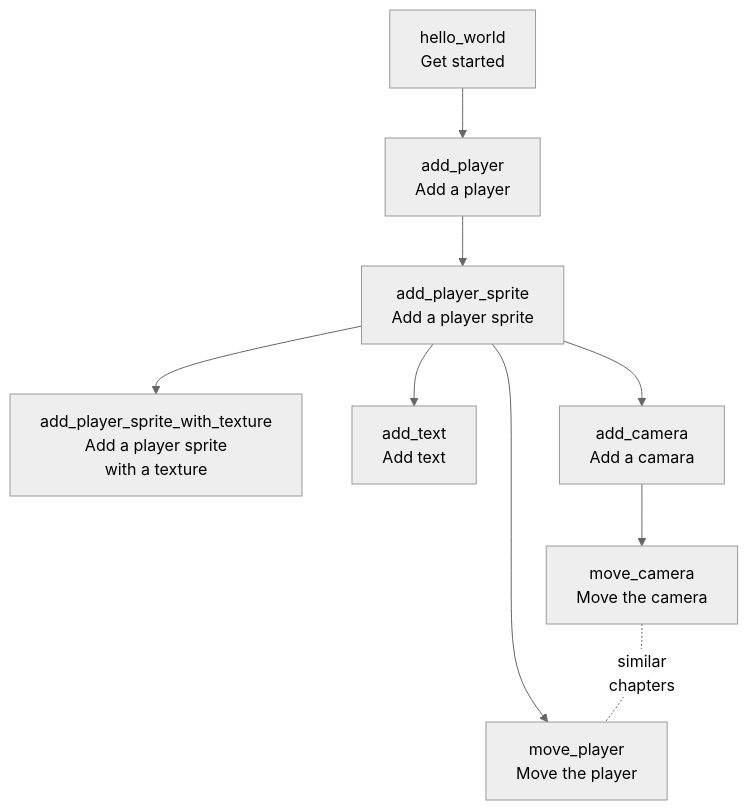
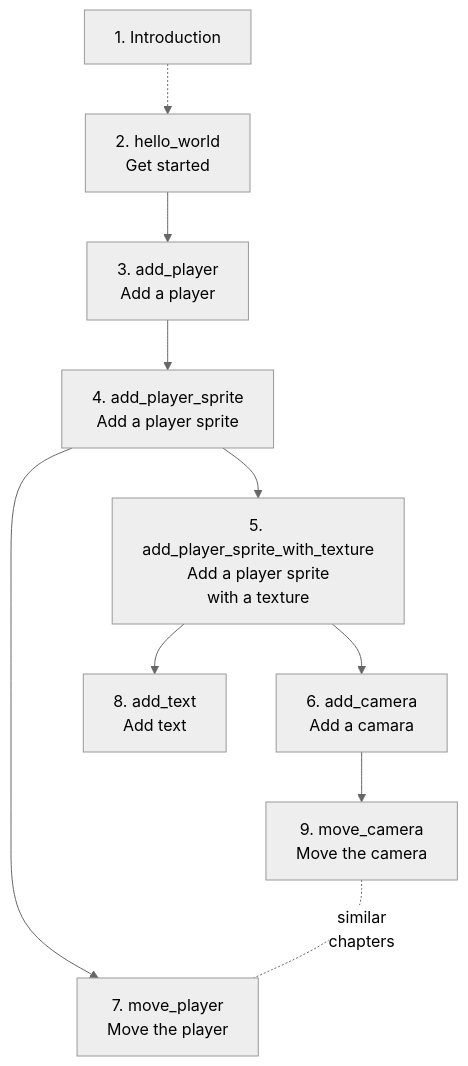
Before and after one commit to richelbilderbeek/bevy_tdd_book: the first of 2 diagrams in README.md, drawn with Mermaid (neutral theme).

Commit message:
Number chapters

````diff
--- a/README.md
+++ b/README.md
@@ -21,20 +21,22 @@
 ```mermaid
 flowchart TD
-  hello_world[hello_world\nGet started]
-  add_player[add_player\nAdd a player]
-  add_player_sprite[add_player_sprite\nAdd a player sprite]
-  add_player_sprite_with_texture[add_player_sprite_with_texture\nAdd a player sprite\nwith a texture]
-  add_text[add_text\nAdd text]
-  add_camera[add_camera\nAdd a camara]
-  move_camera[move_camera\nMove the camera]
-  move_player[move_player\nMove the player]
+  introduction[1. Introduction]
+  hello_world[2. hello_world\nGet started]
+  add_player[3. add_player\nAdd a player]
+  add_player_sprite[4. add_player_sprite\nAdd a player sprite]
+  add_player_sprite_with_texture[5. add_player_sprite_with_texture\nAdd a player sprite\nwith a texture]
+  add_camera[6. add_camera\nAdd a camara]
+  move_player[7. move_player\nMove the player]
+  add_text[8. add_text\nAdd text]
+  move_camera[9. move_camera\nMove the camera]
 
+  introduction -.-> hello_world
   hello_world --> add_player
   add_player --> add_player_sprite
   add_player_sprite --> add_player_sprite_with_texture
-  add_player_sprite --> add_text
+  add_player_sprite_with_texture --> add_text
+  add_player_sprite_with_texture --> add_camera
   add_player_sprite --> move_player
-  add_player_sprite --> add_camera
   add_camera --> move_camera
   move_camera -.- |similar\nchapters| move_player
 ```
````
